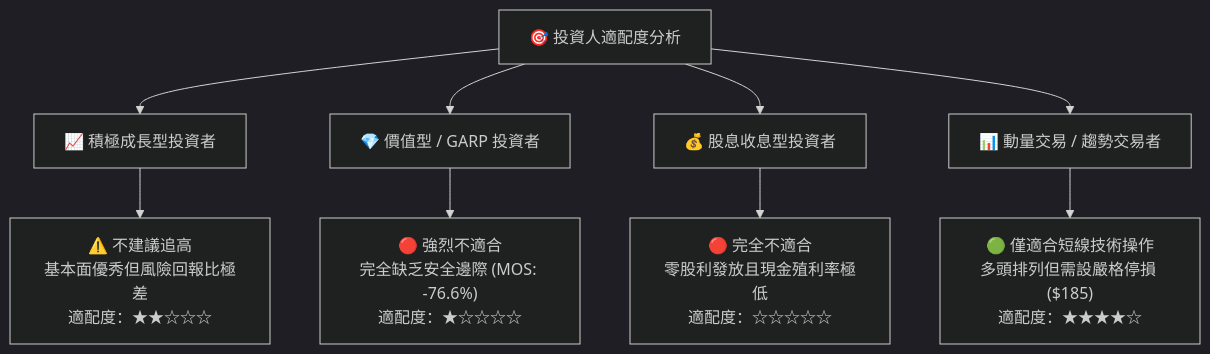
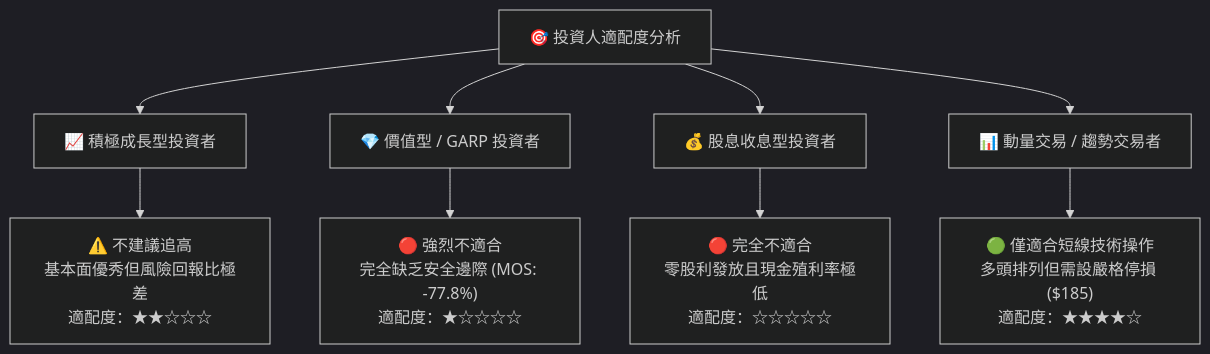
Diagram 15 of 15 in ai_gen_report/fundamental/pltr/fundamental_analysis_2026-10-26_gemini.md (yennanliu/finance_data), drawn with Mermaid (dark theme) before and after one commit. The commit also changed other lines of this file and 43 other files, not shown here.

````diff
--- a/ai_gen_report/fundamental/pltr/fundamental_analysis_2026-10-26_gemini.md
+++ b/ai_gen_report/fundamental/pltr/fundamental_analysis_2026-10-26_gemini.md
@@ -1092,14 +1092,14 @@
 ```mermaid
 graph TD
     INV["🎯 投資人適配度分析"]
 
     INV --> G["📈 積極成長型投資者"]
     INV --> V["💎 價值型 / GARP 投資者"]
     INV --> D["💰 股息收息型投資者"]
     INV --> T["📊 動量交易 / 趨勢交易者"]
 
     G --> G1["⚠️ 不建議追高<br/>基本面優秀但風險回報比極差<br/>適配度：★★☆☆☆"]
-    V --> V1["🔴 強烈不適合<br/>完全缺乏安全邊際 (MOS: -76.6%)<br/>適配度：★☆☆☆☆"]
+    V --> V1["🔴 強烈不適合<br/>完全缺乏安全邊際 (MOS: -77.8%)<br/>適配度：★☆☆☆☆"]
     D --> D1["🔴 完全不適合<br/>零股利發放且現金殖利率極低<br/>適配度：☆☆☆☆☆"]
     T --> T1["🟢 僅適合短線技術操作<br/>多頭排列但需設嚴格停損 ($185)<br/>適配度：★★★★☆"]
 ```
````
